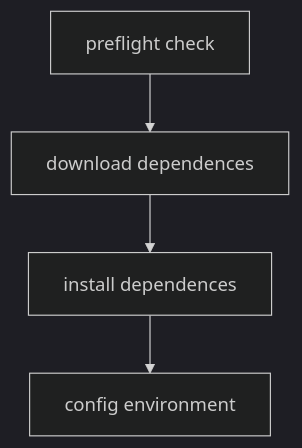
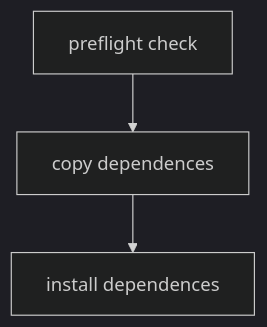
Before and after one commit to openeuler-mirror/eggo: the fourth of 12 diagrams in docs/general_design_raw.md, drawn with Mermaid (dark theme). The commit also changed other lines of this file and 8 other files, not shown here.

````diff
--- a/docs/general_design_raw.md
+++ b/docs/general_design_raw.md
@@ -92,6 +88,5 @@
 ```mermaid
 graph TD
-	A[preflight check] --> B[download dependences]
+	A[preflight check] --> B[copy dependences]
 	B --> C[install dependences]
-	C --> D[config environment]
 ```
````
